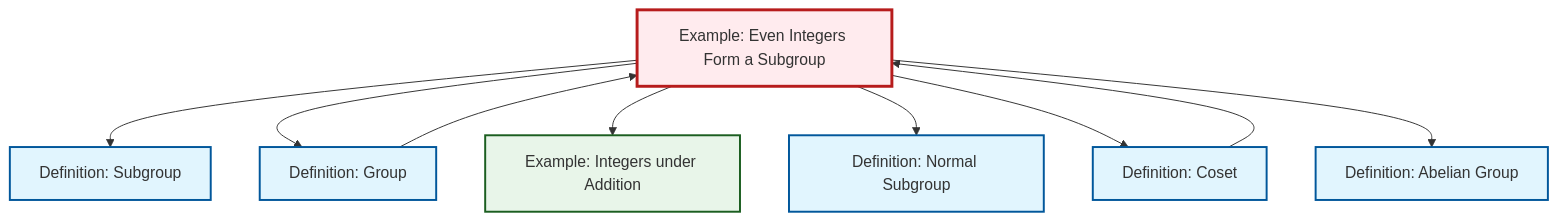
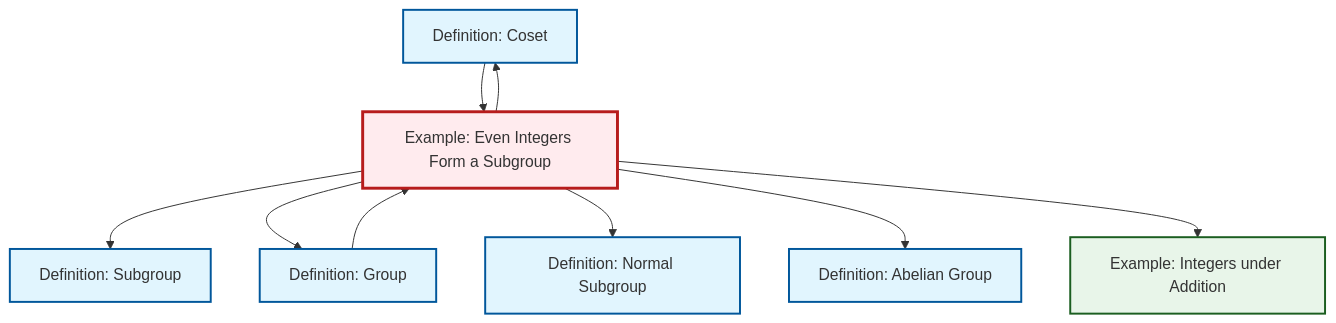
Before and after one commit to RK0429/ModernMath: the diagram in content/en/algebra/ex-even-integers-subgroup.qmd, drawn with Mermaid. The commit also changed other lines of this file and 1012 other files, not shown here.

````diff
--- a/content/en/algebra/ex-even-integers-subgroup.qmd
+++ b/content/en/algebra/ex-even-integers-subgroup.qmd
@@ -51,31 +51,31 @@
 ```{mermaid}
 %%| fig-cap: "Local dependency graph"
 graph TD
     classDef definition fill:#e1f5fe,stroke:#01579b,stroke-width:2px
     classDef theorem fill:#f3e5f5,stroke:#4a148c,stroke-width:2px
     classDef axiom fill:#fff3e0,stroke:#e65100,stroke-width:2px
     classDef example fill:#e8f5e9,stroke:#1b5e20,stroke-width:2px
     classDef current fill:#ffebee,stroke:#b71c1c,stroke-width:3px
+    def-subgroup["Definition: Subgroup"]:::definition
+    def-abelian-group["Definition: Abelian Group"]:::definition
     def-normal-subgroup["Definition: Normal Subgroup"]:::definition
-    ex-even-integers-subgroup["Example: Even Integers Form a Subgroup"]:::example
-    def-subgroup["Definition: Subgroup"]:::definition
     ex-integers-addition["Example: Integers under Addition"]:::example
-    def-abelian-group["Definition: Abelian Group"]:::definition
     def-coset["Definition: Coset"]:::definition
     def-group["Definition: Group"]:::definition
+    ex-even-integers-subgroup["Example: Even Integers Form a Subgroup"]:::example
+    def-coset --> ex-even-integers-subgroup
+    ex-even-integers-subgroup --> def-subgroup
     def-group --> ex-even-integers-subgroup
-    ex-even-integers-subgroup --> def-subgroup
     ex-even-integers-subgroup --> def-group
-    ex-even-integers-subgroup --> ex-integers-addition
     ex-even-integers-subgroup --> def-normal-subgroup
     ex-even-integers-subgroup --> def-coset
     ex-even-integers-subgroup --> def-abelian-group
-    def-coset --> ex-even-integers-subgroup
+    ex-even-integers-subgroup --> ex-integers-addition
     class ex-even-integers-subgroup current
+    click def-subgroup "def-subgroup.html" "Go to Subgroup definition"
+    click def-abelian-group "def-abelian-group.html" "Go to Abelian Group definition"
     click def-normal-subgroup "def-normal-subgroup.html" "Go to Normal Subgroup definition"
-    click def-subgroup "def-subgroup.html" "Go to Subgroup definition"
     click ex-integers-addition "ex-integers-addition.html" "Go to Integers under Addition example"
-    click def-abelian-group "def-abelian-group.html" "Go to Abelian Group definition"
     click def-coset "def-coset.html" "Go to Coset definition"
     click def-group "def-group.html" "Go to Group definition"
 ```
````
